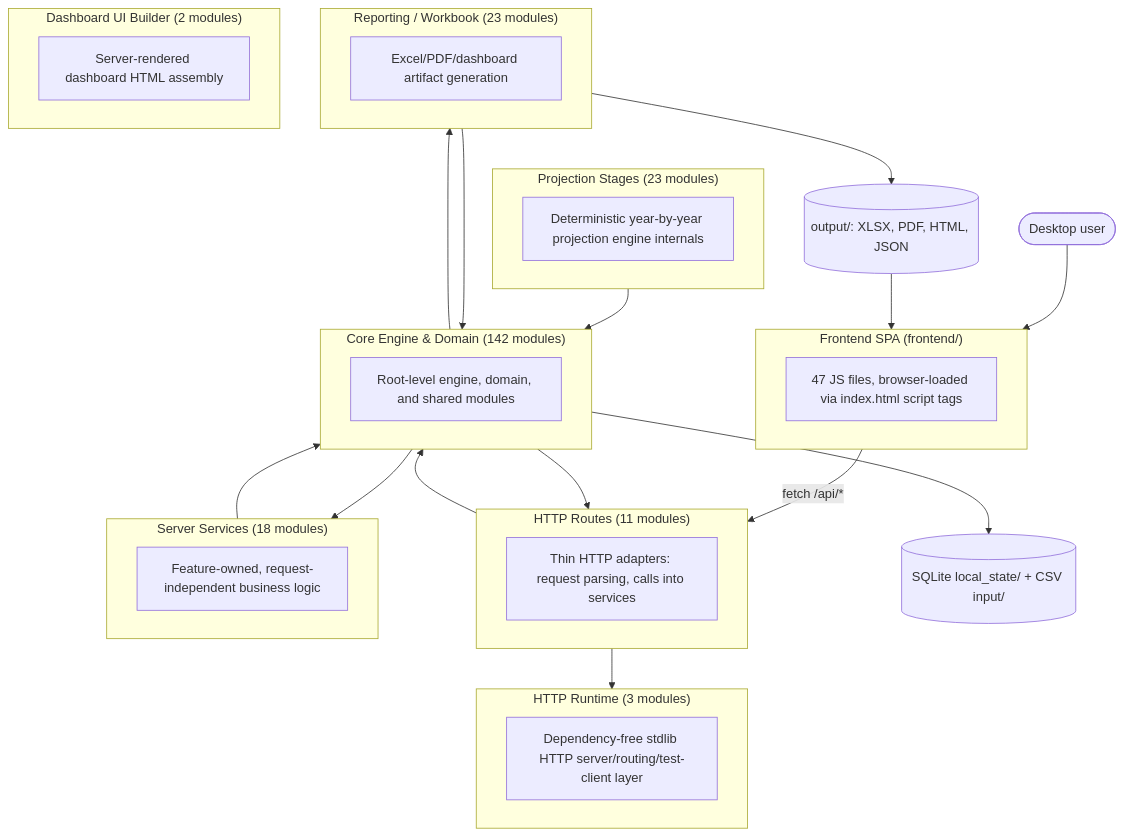
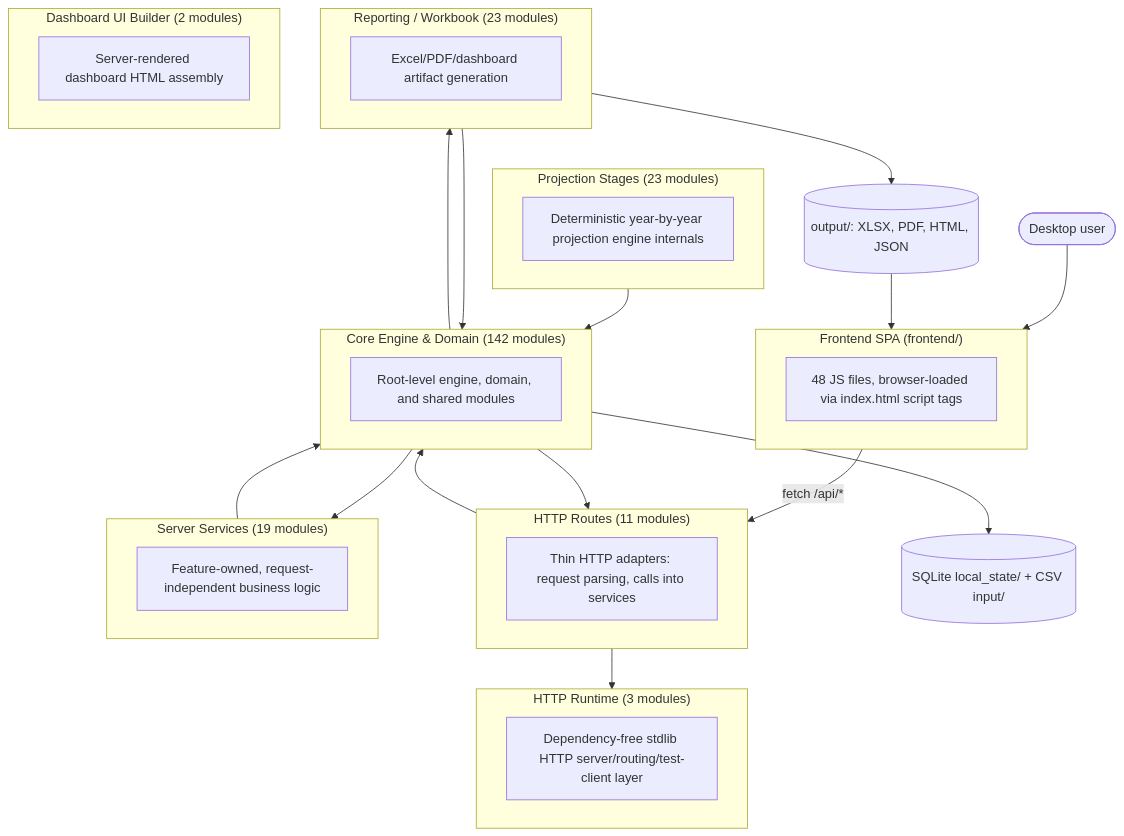
The first of 2 diagrams in documentation/reference/SYSTEM_ARCHITECTURE_DIAGRAM.md (matthartzman/retirement_system), drawn with Mermaid before and after one commit. The commit also changed other lines of this file and 27 other files, not shown here.

````diff
--- a/documentation/reference/SYSTEM_ARCHITECTURE_DIAGRAM.md
+++ b/documentation/reference/SYSTEM_ARCHITECTURE_DIAGRAM.md
@@ -11,40 +11,40 @@
 ```mermaid
 flowchart TB
     User(["Desktop user"]) --> FE
     subgraph FE["Frontend SPA (frontend/)"]
-        FEcount["47 JS files, browser-loaded via index.html script tags"]
+        FEcount["48 JS files, browser-loaded via index.html script tags"]
     end
     FE -->|fetch /api/*| L_HTTP_Routes
     subgraph L_HTTP_Routes["HTTP Routes (11 modules)"]
         L_HTTP_Routes_d["Thin HTTP adapters: request parsing, calls into services"]
     end
-    subgraph L_Server_Services["Server Services (18 modules)"]
+    subgraph L_Server_Services["Server Services (19 modules)"]
         L_Server_Services_d["Feature-owned, request-independent business logic"]
     end
     subgraph L_HTTP_Runtime["HTTP Runtime (3 modules)"]
         L_HTTP_Runtime_d["Dependency-free stdlib HTTP server/routing/test-client layer"]
     end
     subgraph L_Core_Engine___Domain["Core Engine & Domain (142 modules)"]
         L_Core_Engine___Domain_d["Root-level engine, domain, and shared modules"]
     end
     subgraph L_Projection_Stages["Projection Stages (23 modules)"]
         L_Projection_Stages_d["Deterministic year-by-year projection engine internals"]
     end
     subgraph L_Reporting___Workbook["Reporting / Workbook (23 modules)"]
         L_Reporting___Workbook_d["Excel/PDF/dashboard artifact generation"]
     end
     subgraph L_Dashboard_UI_Builder["Dashboard UI Builder (2 modules)"]
         L_Dashboard_UI_Builder_d["Server-rendered dashboard HTML assembly"]
     end
     L_Core_Engine___Domain --> L_HTTP_Routes
     L_Core_Engine___Domain --> L_Reporting___Workbook
     L_Core_Engine___Domain --> L_Server_Services
     L_HTTP_Routes --> L_Core_Engine___Domain
     L_HTTP_Routes --> L_HTTP_Runtime
     L_Projection_Stages --> L_Core_Engine___Domain
     L_Reporting___Workbook --> L_Core_Engine___Domain
     L_Server_Services --> L_Core_Engine___Domain
     L_Core_Engine___Domain --> DB[("SQLite local_state/ + CSV input/")]
     L_Reporting___Workbook --> Outputs[("output/: XLSX, PDF, HTML, JSON")]
     Outputs --> FE
 ```
````
